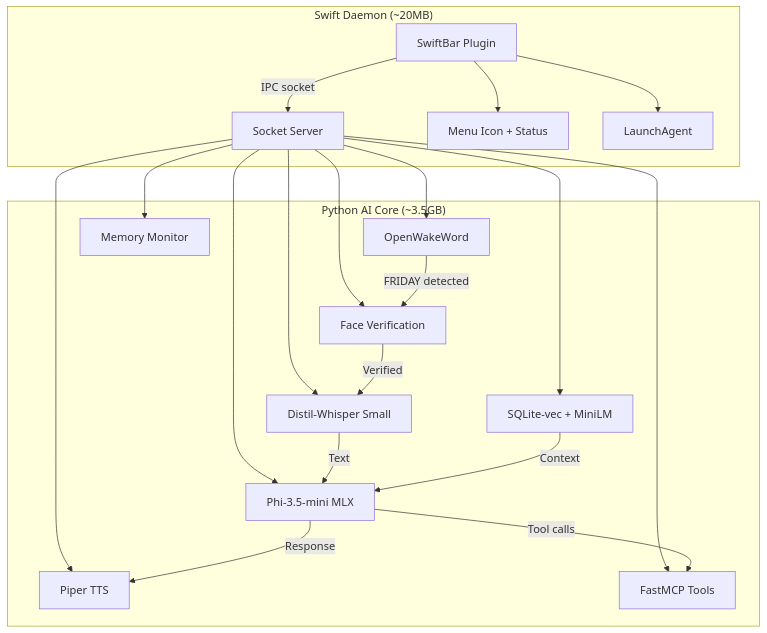
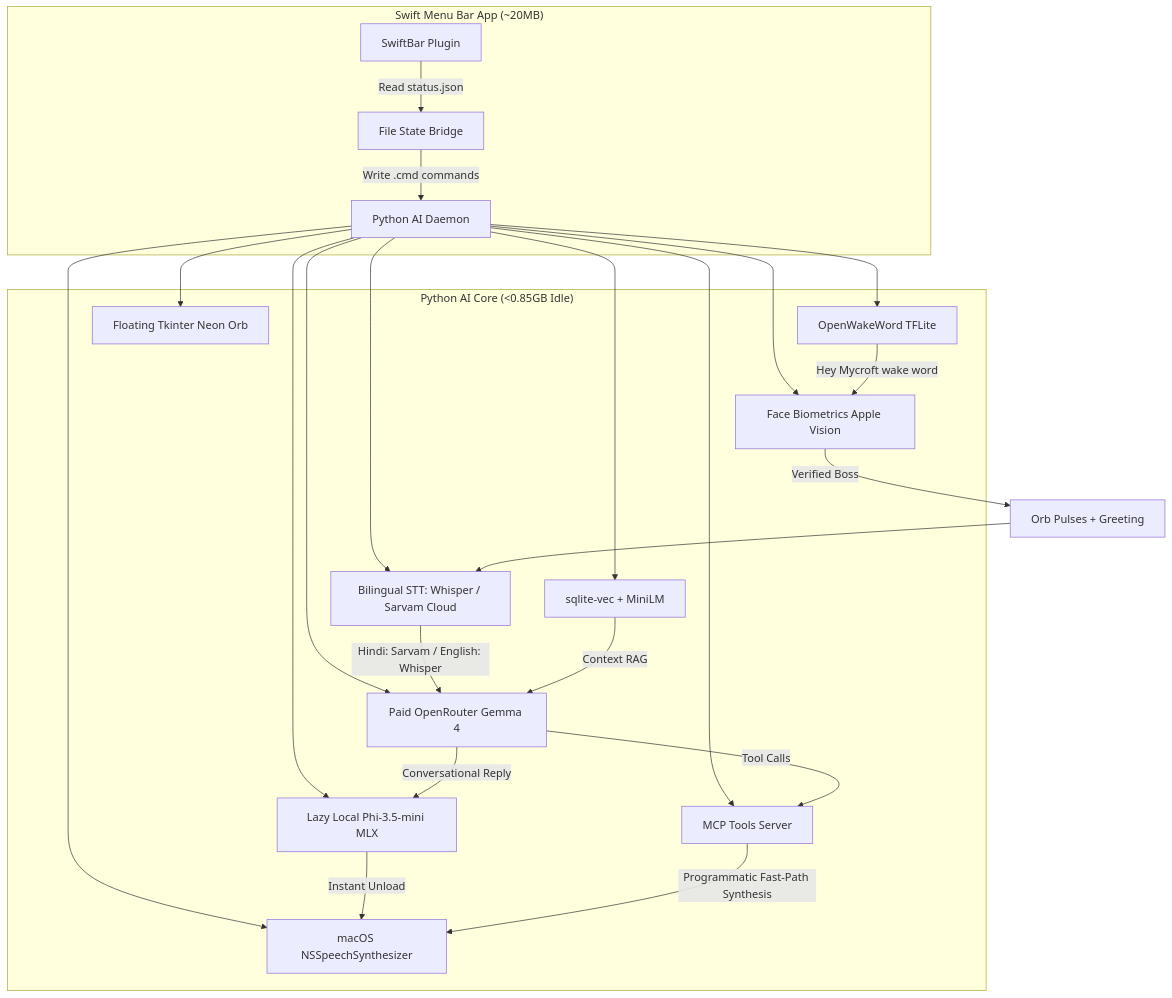
The diagram in docs/implementation-plans/Phase Set 1.md (Khatuaryan/Friday), drawn with Mermaid before and after one commit. The commit also changed other lines of this file and 22 other files, not shown here.

````diff
--- a/docs/implementation-plans/Phase Set 1.md
+++ b/docs/implementation-plans/Phase Set 1.md
@@ -11,26 +11,29 @@
 ```mermaid
 graph TD
-    subgraph "Swift Daemon (~20MB)"
-        SB[SwiftBar Plugin] --> |IPC socket| PY
-        SB --> MI[Menu Icon + Status]
-        SB --> LA[LaunchAgent]
+    subgraph "Swift Menu Bar App (~20MB)"
+        SB[SwiftBar Plugin] --> |Read status.json| FileIPC[File State Bridge]
+        FileIPC --> |Write .cmd commands| PY[Python AI Daemon]
     end
 
-    subgraph "Python AI Core (~3.5GB)"
-        PY[Socket Server] --> WW[OpenWakeWord]
-        PY --> FV[Face Verification]
-        PY --> STT[Distil-Whisper Small]
-        PY --> LLM[Phi-3.5-mini MLX]
-        PY --> TTS[Piper TTS]
-        PY --> MEM[SQLite-vec + MiniLM]
-        PY --> TOOLS[FastMCP Tools]
-        PY --> MM[Memory Monitor]
+    subgraph "Python AI Core (<0.85GB Idle)"
+        PY --> WW[OpenWakeWord TFLite]
+        PY --> FV[Face Biometrics Apple Vision]
+        PY --> HUD[Floating Tkinter Neon Orb]
+        PY --> STT[Bilingual STT: Whisper / Sarvam Cloud]
+        PY --> LLM[Paid OpenRouter Gemma 4]
+        PY --> Phi[Lazy Local Phi-3.5-mini MLX]
+        PY --> TTS[macOS NSSpeechSynthesizer]
+        PY --> MEM[sqlite-vec + MiniLM]
+        PY --> TOOLS[MCP Tools Server]
     end
 
-    WW --> |"FRIDAY" detected| FV
-    FV --> |Verified| STT
-    STT --> |Text| LLM
-    LLM --> |Response| TTS
-    LLM --> |Tool calls| TOOLS
-    MEM --> |Context| LLM
+    WW --> |"Hey Mycroft" wake word| FV
+    FV --> |Verified Boss| Ready[Orb Pulses + Greeting]
+    Ready --> STT
+    STT --> |Hindi: Sarvam / English: Whisper| LLM
+    LLM --> |Tool Calls| TOOLS
+    LLM --> |Conversational Reply| Phi
+    Phi --> |Instant Unload| TTS
+    TOOLS --> |Programmatic Fast-Path Synthesis| TTS
+    MEM --> |Context RAG| LLM
 ```
````
